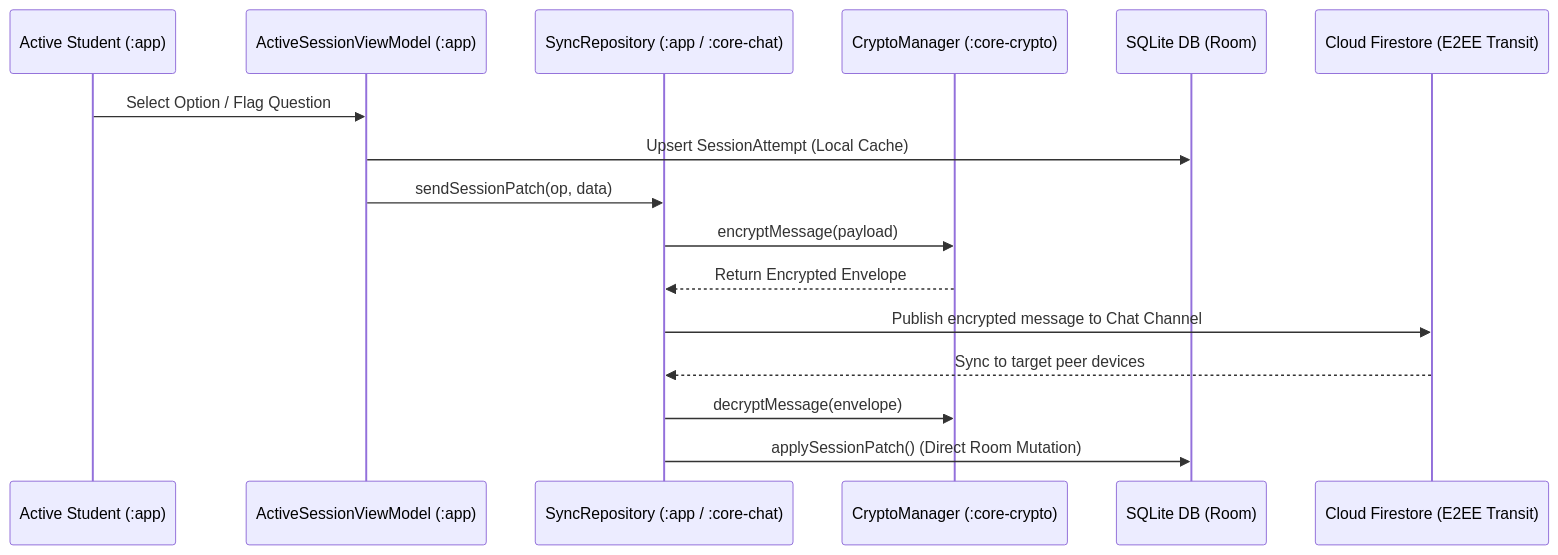
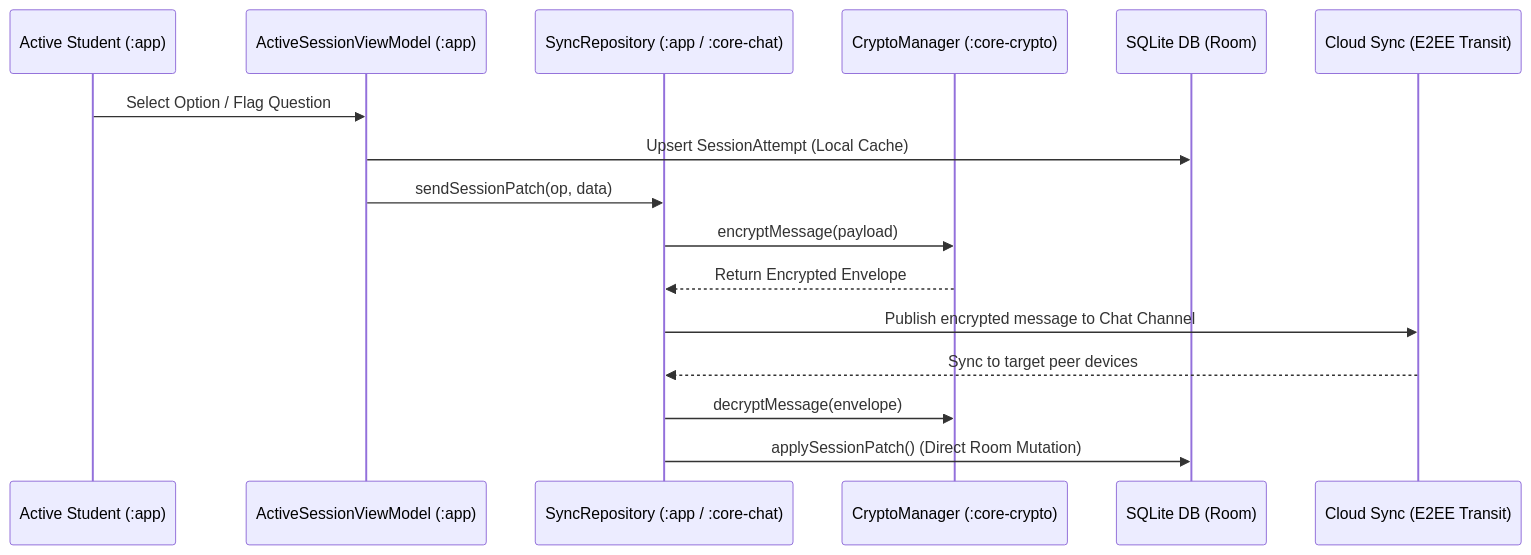
One commit to dilshzic/Q-base changed the second of 3 diagrams in docs/architecture/PROJECT_STRUCTURE_AND_INTEGRATION.md. Above: the diagram before and after it, drawn with Mermaid. The commit also changed other lines of this file and 34 other files, not shown here.

````diff
--- a/docs/architecture/PROJECT_STRUCTURE_AND_INTEGRATION.md
+++ b/docs/architecture/PROJECT_STRUCTURE_AND_INTEGRATION.md
@@ -47,19 +47,19 @@
 ```mermaid
 sequenceDiagram
     participant User as Active Student (:app)
     participant VM as ActiveSessionViewModel (:app)
     participant Sync as SyncRepository (:app / :core-chat)
     participant Crypto as CryptoManager (:core-crypto)
     participant DB as SQLite DB (Room)
-    participant Firestore as Cloud Firestore (E2EE Transit)
+   participant CloudSync as Cloud Sync (E2EE Transit)
 
     User->>VM: Select Option / Flag Question
     VM->>DB: Upsert SessionAttempt (Local Cache)
     VM->>Sync: sendSessionPatch(op, data)
     Sync->>Crypto: encryptMessage(payload)
     Crypto-->>Sync: Return Encrypted Envelope
-    Sync->>Firestore: Publish encrypted message to Chat Channel
-    Firestore-->>Sync: Sync to target peer devices
+   Sync->>CloudSync: Publish encrypted message to Chat Channel
+   CloudSync-->>Sync: Sync to target peer devices
     Sync->>Crypto: decryptMessage(envelope)
     Sync->>DB: applySessionPatch() (Direct Room Mutation)
 ```
````
